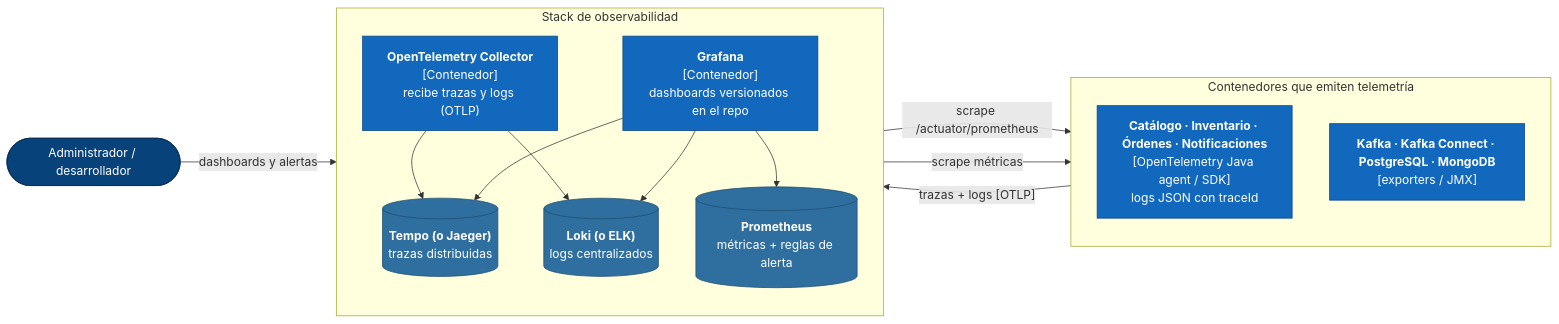
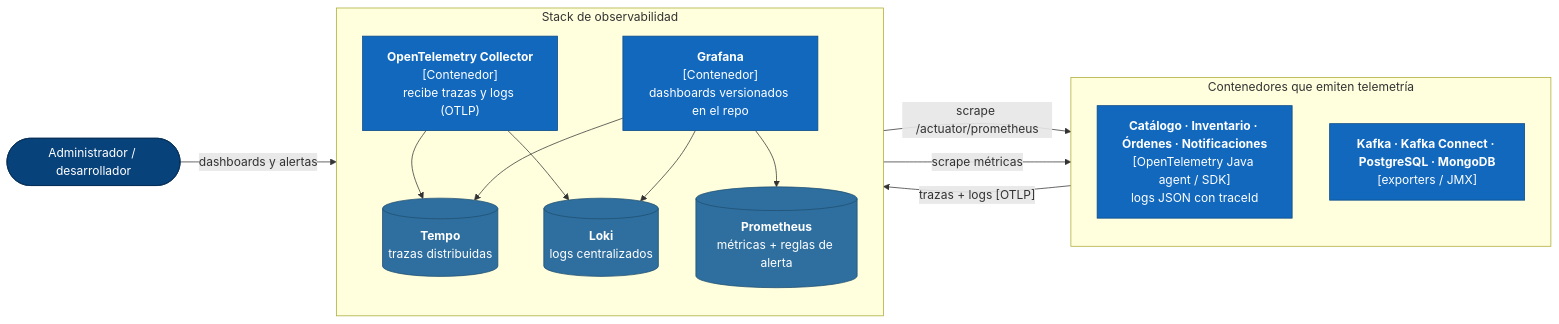
One commit to jngeor/inventory changed the fourth of 6 diagrams in docs/architecture/c4-model.md. Above: the diagram before and after it, drawn with Mermaid. The commit also changed other lines of this file and 19 other files, not shown here.

````diff
--- a/docs/architecture/c4-model.md
+++ b/docs/architecture/c4-model.md
@@ -150,33 +150,33 @@
 ```mermaid
 flowchart LR
     subgraph APPS["Contenedores que emiten telemetría"]
         direction TB
         SVC["<b>Catálogo · Inventario · Órdenes · Notificaciones</b><br/>[OpenTelemetry Java agent / SDK]<br/>logs JSON con traceId"]:::internal
         INFRA["<b>Kafka · Kafka Connect · PostgreSQL · MongoDB</b><br/>[exporters / JMX]"]:::internal
     end
 
     subgraph OBS["Stack de observabilidad"]
         direction TB
         OTEL["<b>OpenTelemetry Collector</b><br/>[Contenedor]<br/>recibe trazas y logs (OTLP)"]:::internal
-        TEMPO[("<b>Tempo (o Jaeger)</b><br/>trazas distribuidas")]:::db
-        LOKI[("<b>Loki (o ELK)</b><br/>logs centralizados")]:::db
+        TEMPO[("<b>Tempo</b><br/>trazas distribuidas")]:::db
+        LOKI[("<b>Loki</b><br/>logs centralizados")]:::db
         PROM[("<b>Prometheus</b><br/>métricas + reglas de alerta")]:::db
         GRAF["<b>Grafana</b><br/>[Contenedor]<br/>dashboards versionados en el repo"]:::internal
     end
 
     ADM(["Administrador / desarrollador"]):::person
 
     SVC -- "trazas + logs [OTLP]" --> OTEL
     OTEL --> TEMPO
     OTEL --> LOKI
     PROM -- "scrape /actuator/prometheus" --> SVC
     PROM -- "scrape métricas" --> INFRA
     GRAF --> TEMPO
     GRAF --> LOKI
     GRAF --> PROM
     ADM -- "dashboards y alertas" --> GRAF
 
     classDef person fill:#08427b,stroke:#052e56,color:#fff
     classDef internal fill:#1168bd,stroke:#0b4884,color:#fff
     classDef db fill:#2f6f9f,stroke:#1f4e70,color:#fff
 ```
````
